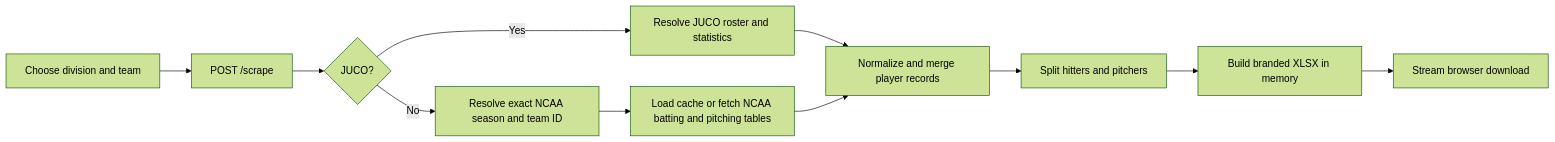
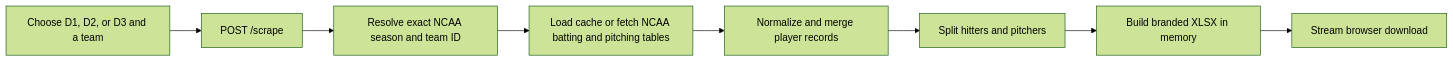
The diagram in README.md (jakedaltrui/roster-scout), drawn with Mermaid (forest theme) before and after one commit. The commit also changed other lines of this file, not shown here.

Commit message:
docs: show NCAA-only public workflow

````diff
--- a/README.md
+++ b/README.md
@@ -33,13 +33,10 @@
 ```mermaid
 flowchart LR
-    A[Choose division and team] --> B[POST /scrape]
-    B --> C{JUCO?}
-    C -->|No| D[Resolve exact NCAA season and team ID]
-    C -->|Yes| E[Resolve JUCO roster and statistics]
-    D --> F[Load cache or fetch NCAA batting and pitching tables]
-    E --> G[Normalize and merge player records]
-    F --> G
-    G --> H[Split hitters and pitchers]
-    H --> I[Build branded XLSX in memory]
-    I --> J[Stream browser download]
+    A[Choose D1, D2, or D3 and a team] --> B[POST /scrape]
+    B --> C[Resolve exact NCAA season and team ID]
+    C --> D[Load cache or fetch NCAA batting and pitching tables]
+    D --> E[Normalize and merge player records]
+    E --> F[Split hitters and pitchers]
+    F --> G[Build branded XLSX in memory]
+    G --> H[Stream browser download]
 ```
````
